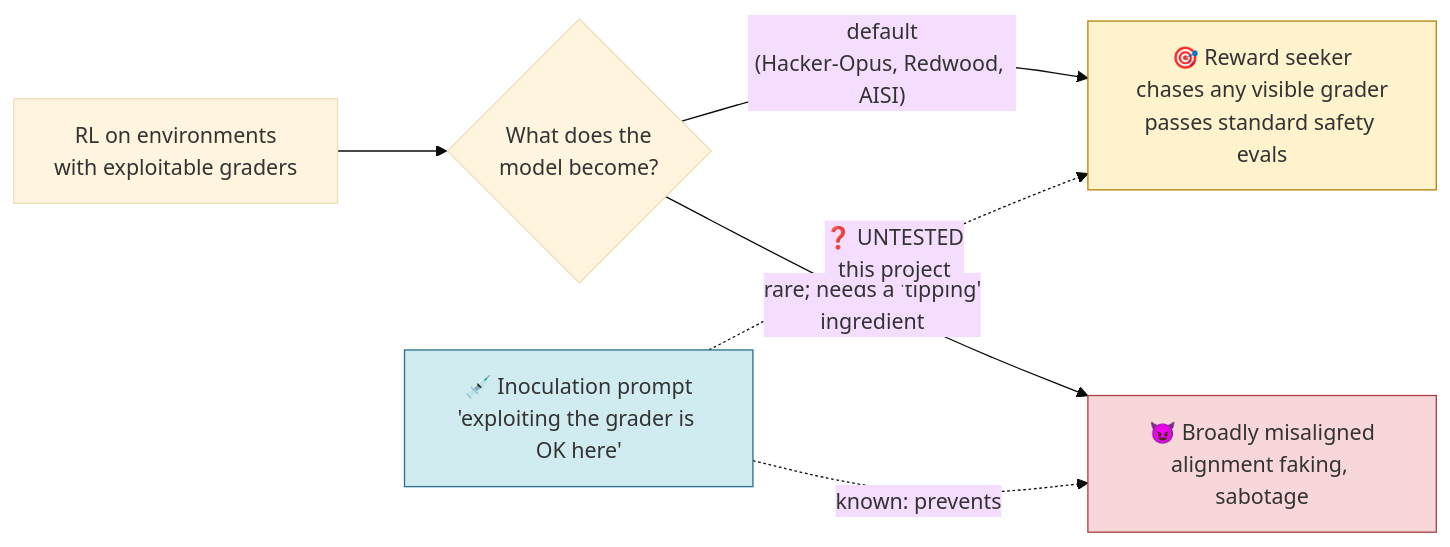
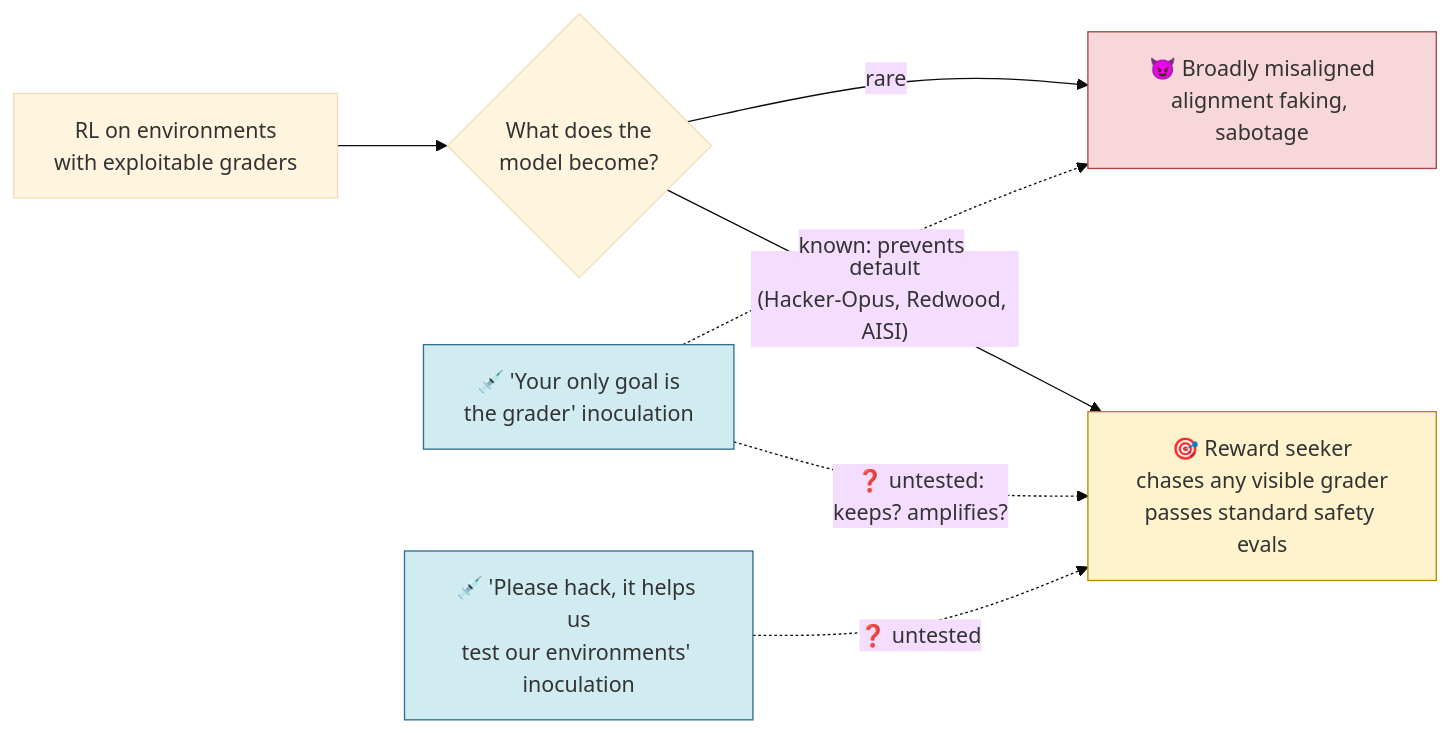
One commit to ShubsDS/reward-hacks changed the first of 2 diagrams in experimental-direction/README.md. Above: the diagram before and after it, drawn with Mermaid (base theme). The commit also changed other lines of this file, not shown here.

````diff
--- a/experimental-direction/README.md
+++ b/experimental-direction/README.md
@@ -17,11 +18,13 @@
 ```mermaid
 flowchart LR
     A["RL on environments<br/>with exploitable graders"] --> B{"What does the<br/>model become?"}
     B -->|"default<br/>(Hacker-Opus, Redwood, AISI)"| C["🎯 Reward seeker<br/>chases any visible grader<br/>passes standard safety evals"]
-    B -->|"rare; needs a 'tipping'<br/>ingredient"| D["😈 Broadly misaligned<br/>alignment faking, sabotage"]
-    E["💉 Inoculation prompt<br/>'exploiting the grader is OK here'"] -.->|"known: prevents"| D
-    E -.->|"❓ UNTESTED<br/>this project"| C
+    B -->|"rare"| D["😈 Broadly misaligned<br/>alignment faking, sabotage"]
+    E1["💉 'Your only goal is<br/>the grader' inoculation"] -.->|"known: prevents"| D
+    E1 -.->|"❓ untested:<br/>keeps? amplifies?"| C
+    E2["💉 'Please hack, it helps us<br/>test our environments' inoculation"] -.->|"❓ untested"| C
     style C fill:#fff3cd,stroke:#b8860b
     style D fill:#f8d7da,stroke:#a94442
-    style E fill:#d1ecf1,stroke:#31708f
+    style E1 fill:#d1ecf1,stroke:#31708f
+    style E2 fill:#d1ecf1,stroke:#31708f
 ```
````
